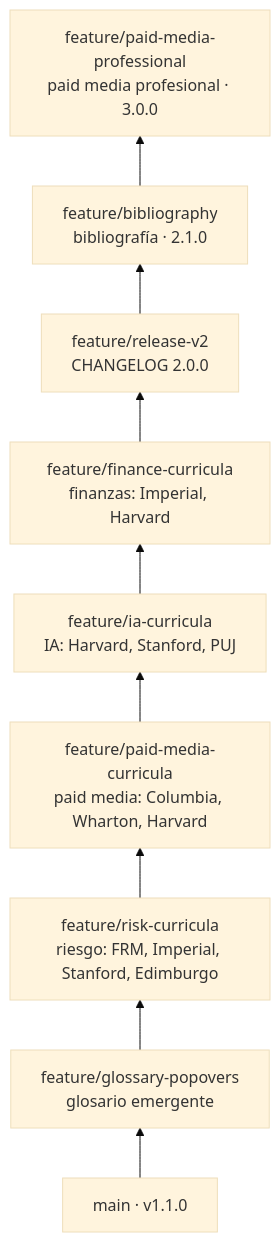
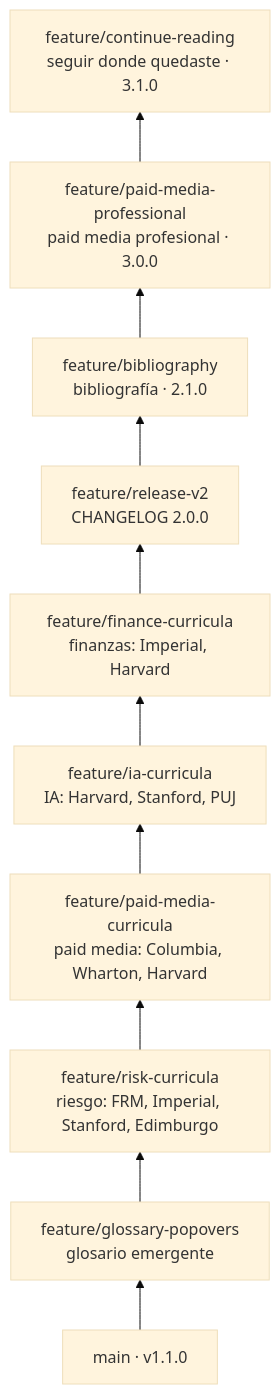
Before and after one commit to neiderolaya26/learning: the diagram in docs/PUBLICAR.md, drawn with Mermaid (base theme). The commit also changed other lines of this file and 8 other files, not shown here.

````diff
--- a/docs/PUBLICAR.md
+++ b/docs/PUBLICAR.md
@@ -7,11 +7,12 @@
 ```mermaid
 flowchart BT
   M["main · v1.1.0"] --> A["feature/glossary-popovers<br/>glosario emergente"]
   A --> B["feature/risk-curricula<br/>riesgo: FRM, Imperial, Stanford, Edimburgo"]
   B --> C["feature/paid-media-curricula<br/>paid media: Columbia, Wharton, Harvard"]
   C --> D["feature/ia-curricula<br/>IA: Harvard, Stanford, PUJ"]
   D --> E["feature/finance-curricula<br/>finanzas: Imperial, Harvard"]
   E --> F["feature/release-v2<br/>CHANGELOG 2.0.0"]
   F --> G["feature/bibliography<br/>bibliografía · 2.1.0"]
   G --> H["feature/paid-media-professional<br/>paid media profesional · 3.0.0"]
+  H --> I["feature/continue-reading<br/>seguir donde quedaste · 3.1.0"]
 ```
````
